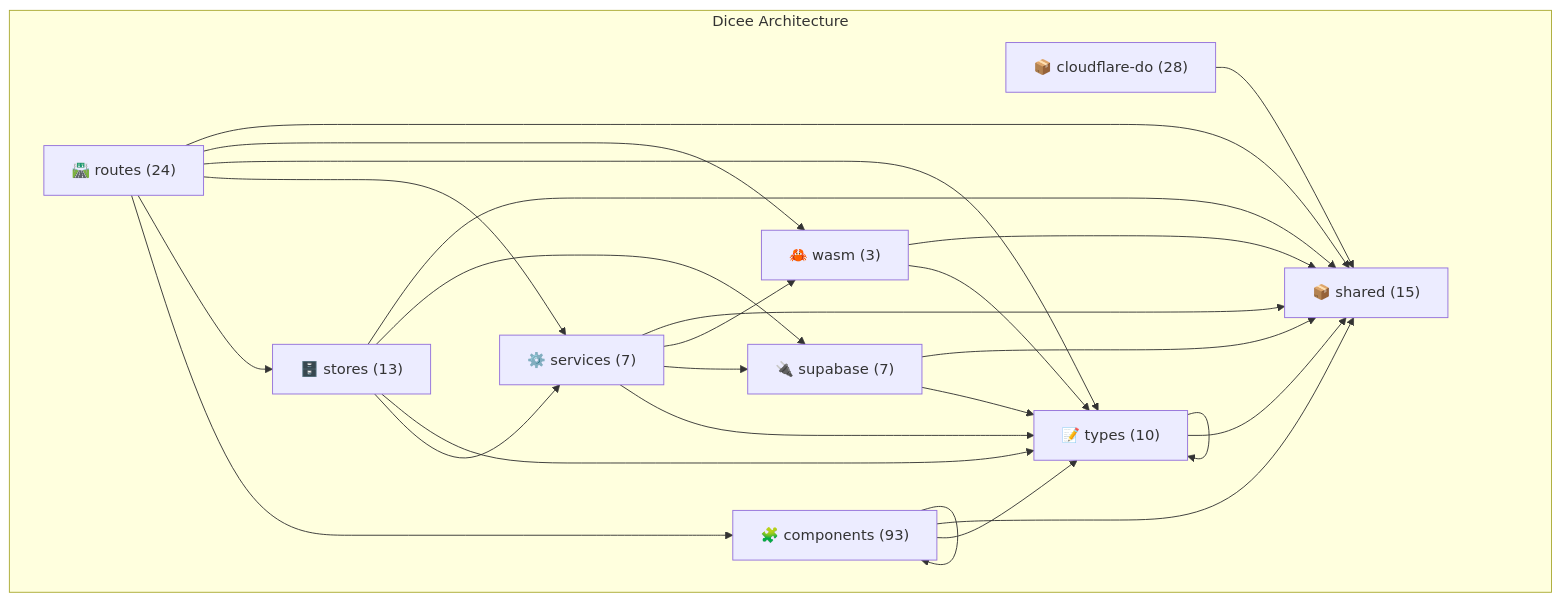
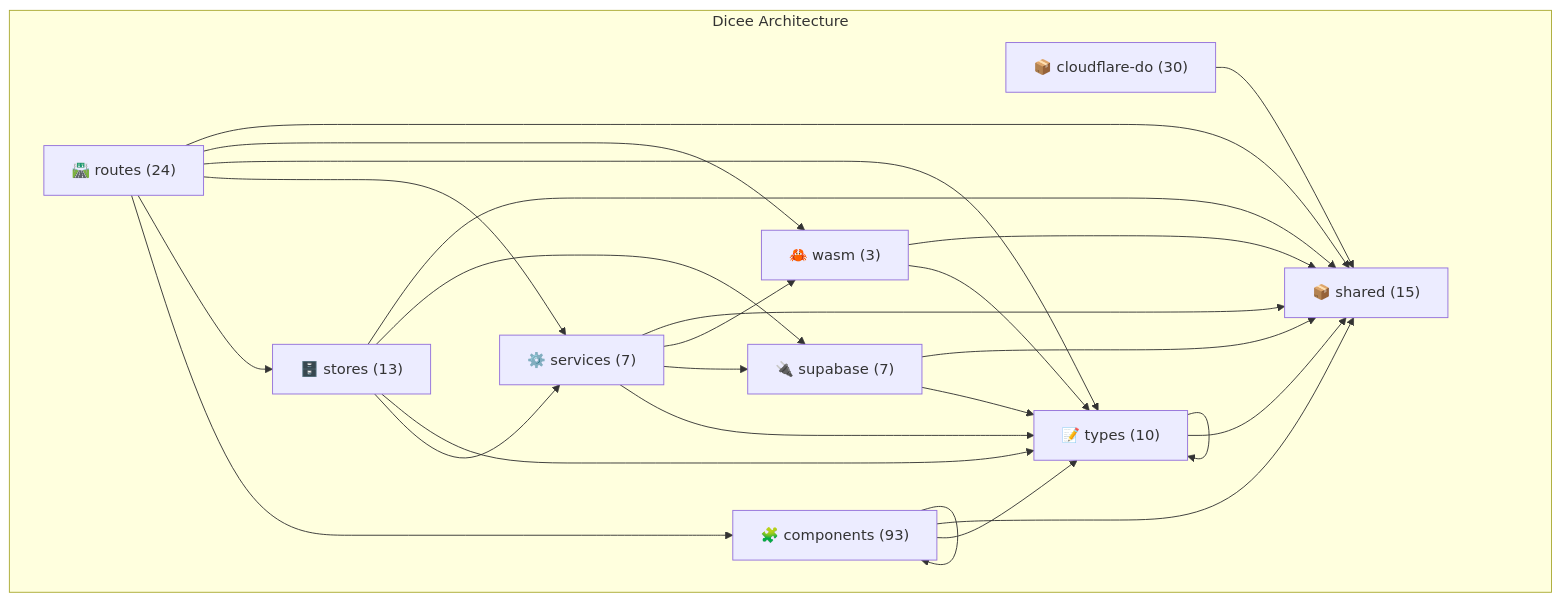
One commit to verlyn13/dicee changed the diagram in docs/architecture/akg/diagrams/LAYER_ARCHITECTURE.md. Above: the diagram before and after it, drawn with Mermaid. The commit also changed other lines of this file and 24 other files, not shown here.

````diff
--- a/docs/architecture/akg/diagrams/LAYER_ARCHITECTURE.md
+++ b/docs/architecture/akg/diagrams/LAYER_ARCHITECTURE.md
@@ -16,39 +16,39 @@
 ```mermaid
 flowchart TB
     subgraph "Dicee Architecture"
         shared["📦 shared (15)"]
-        cloudflare_do["📦 cloudflare-do (28)"]
+        cloudflare_do["📦 cloudflare-do (30)"]
         routes["🛣️ routes (24)"]
         components["🧩 components (93)"]
         stores["🗄️ stores (13)"]
         services["⚙️ services (7)"]
         types["📝 types (10)"]
         supabase["🔌 supabase (7)"]
         wasm["🦀 wasm (3)"]
     end
 
     cloudflare_do --> shared
     routes --> components
     routes --> stores
     routes --> services
     routes --> types
     routes --> wasm
     routes --> shared
     components --> components
     components --> types
     components --> shared
     stores --> services
     stores --> types
     stores --> supabase
     stores --> shared
     services --> types
     services --> supabase
     services --> wasm
     services --> shared
     types --> types
     types --> shared
     supabase --> types
     supabase --> shared
     wasm --> types
     wasm --> shared
 ```
````
